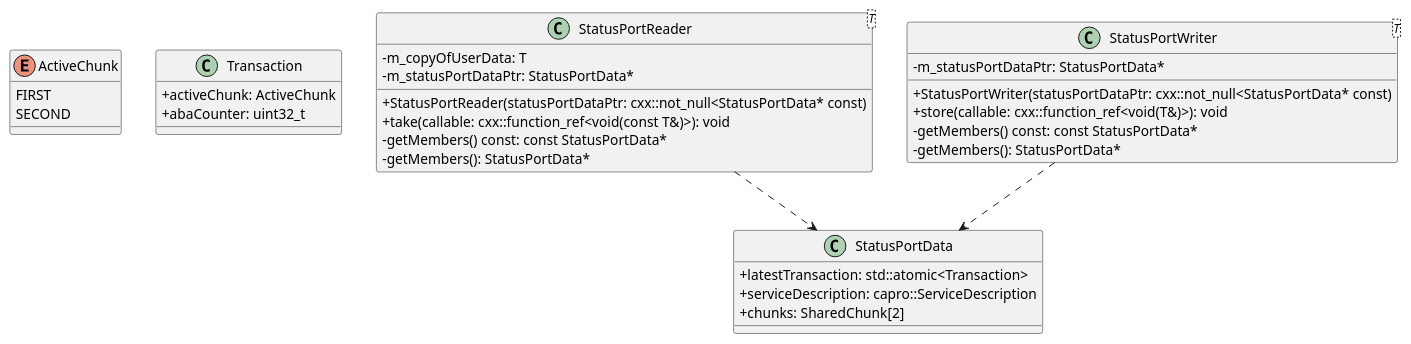
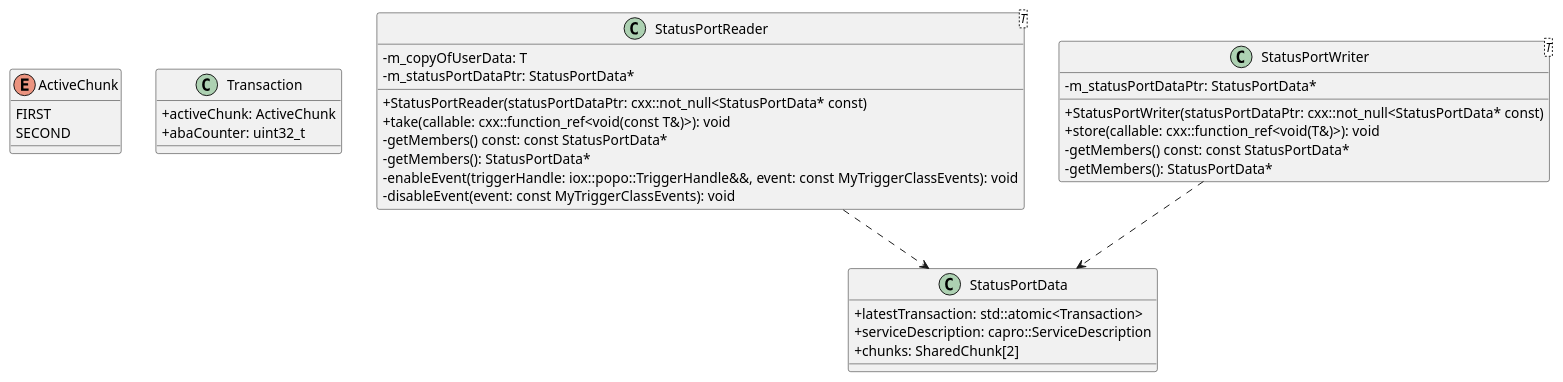
One commit to ApexAI/iceoryx changed the diagram in doc/design/diagrams/status-port/status-port-writer-reader-data.puml. Above: the diagram before and after it, drawn with PlantUML. The commit also changed 1 other file, not shown here.

```diff
--- a/doc/design/diagrams/status-port/status-port-writer-reader-data.puml
+++ b/doc/design/diagrams/status-port/status-port-writer-reader-data.puml
@@ -1,42 +1,46 @@
 @startuml
 
 skinparam classAttributeIconSize 0
 
 enum ActiveChunk {
   FIRST
   SECOND
 }
 
 class Transaction {
   +activeChunk: ActiveChunk
   +abaCounter: uint32_t
 }
 
 class StatusPortData {
   +latestTransaction: std::atomic<Transaction>
   +serviceDescription: capro::ServiceDescription
   +chunks: SharedChunk[2]
 }
 
 class StatusPortReader<T> {
   +StatusPortReader(statusPortDataPtr: cxx::not_null<StatusPortData* const)
   +take(callable: cxx::function_ref<void(const T&)>): void
   -getMembers() const: const StatusPortData*
   -getMembers(): StatusPortData*
+  -enableEvent(triggerHandle: iox::popo::TriggerHandle&&, event: const MyTriggerClassEvents): void
+  -disableEvent(event: const MyTriggerClassEvents): void
+  ' Some more methods need to be implemented in the StatusPortReader to be attachable to a Listener
+  ' See https://github.com/eclipse-iceoryx/iceoryx/blob/master/iceoryx_examples/waitset/ice_waitset_trigger.cpp
   -m_copyOfUserData: T
   -m_statusPortDataPtr: StatusPortData*
 }
 
 
 class StatusPortWriter<T> {
   +StatusPortWriter(statusPortDataPtr: cxx::not_null<StatusPortData* const)
   +store(callable: cxx::function_ref<void(T&)>): void
   -getMembers() const: const StatusPortData*
   -getMembers(): StatusPortData*
   -m_statusPortDataPtr: StatusPortData*
 }
 
 StatusPortWriter ..> StatusPortData
 StatusPortReader ..> StatusPortData
 
 @enduml
```
